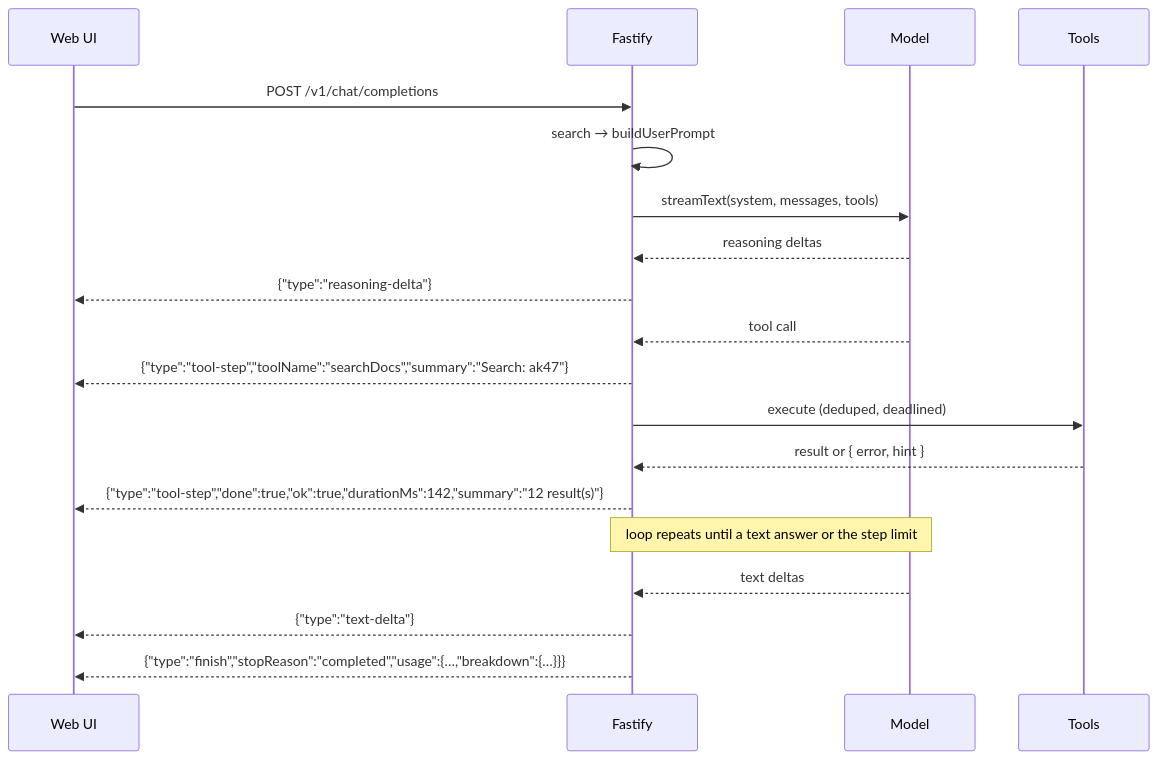
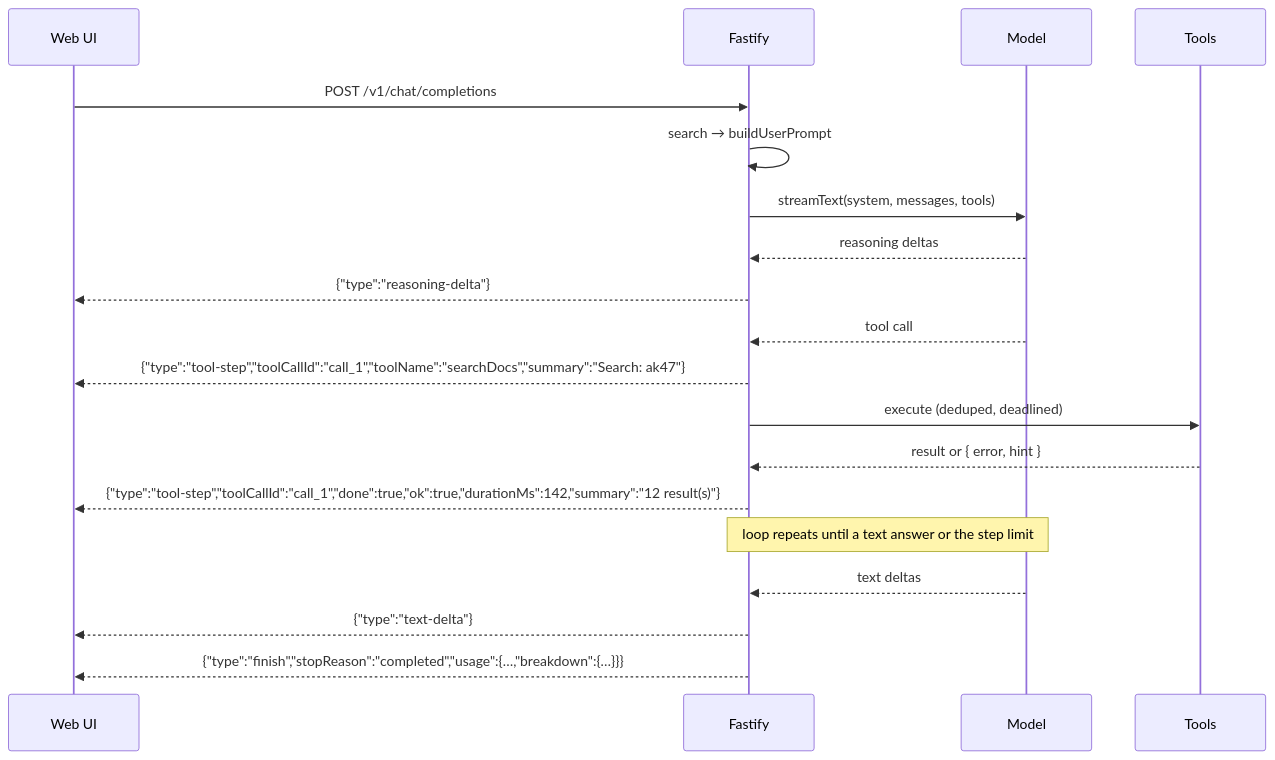
The third of 4 diagrams in ARCHITECTURE.md (rwr-infra/rwr-data-agent), drawn with Mermaid before and after one commit. The commit also changed other lines of this file and 14 other files, not shown here.

First line of the commit message:
refactor(chat): render assistant turns as timeline blocks

````diff
--- a/ARCHITECTURE.md
+++ b/ARCHITECTURE.md
@@ -102,26 +102,26 @@
 ```mermaid
 sequenceDiagram
     participant C as Web UI
     participant F as Fastify
     participant M as Model
     participant T as Tools
 
     C->>F: POST /v1/chat/completions
     F->>F: search → buildUserPrompt
     F->>M: streamText(system, messages, tools)
 
     M-->>F: reasoning deltas
     F-->>C: {"type":"reasoning-delta"}
 
     M-->>F: tool call
-    F-->>C: {"type":"tool-step","toolName":"searchDocs","summary":"Search: ak47"}
+    F-->>C: {"type":"tool-step","toolCallId":"call_1","toolName":"searchDocs","summary":"Search: ak47"}
     F->>T: execute (deduped, deadlined)
     T-->>F: result or { error, hint }
-    F-->>C: {"type":"tool-step","done":true,"ok":true,"durationMs":142,"summary":"12 result(s)"}
+    F-->>C: {"type":"tool-step","toolCallId":"call_1","done":true,"ok":true,"durationMs":142,"summary":"12 result(s)"}
 
     Note over F,M: loop repeats until a text answer or the step limit
 
     M-->>F: text deltas
     F-->>C: {"type":"text-delta"}
     F-->>C: {"type":"finish","stopReason":"completed","usage":{…,"breakdown":{…}}}
 ```
````
